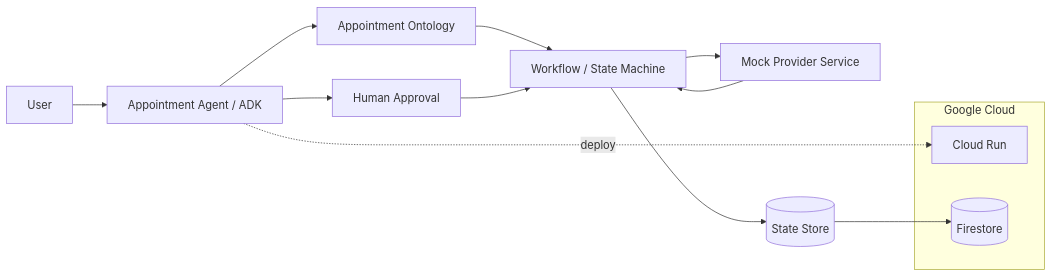
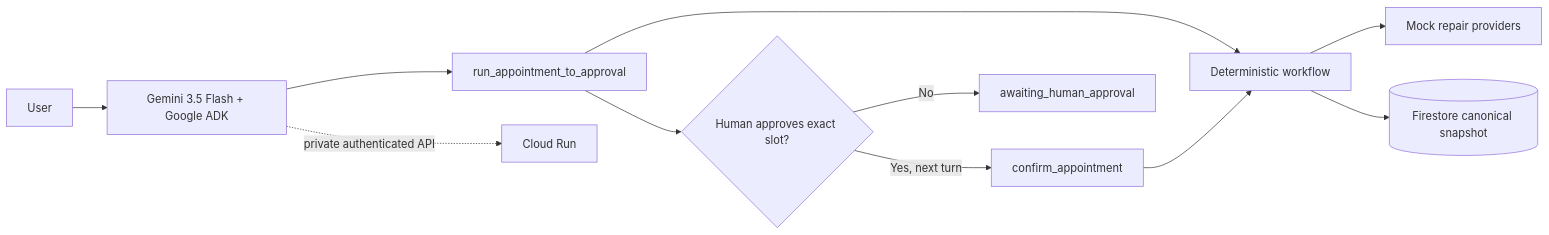
One commit to Hashirigaki/appointment-agent-google changed the diagram in README.md. Above: the diagram before and after it, drawn with Mermaid. The commit also changed other lines of this file and 4 other files, not shown here.

````diff
--- a/README.md
+++ b/README.md
@@ -108,19 +70,13 @@
 ```mermaid
 flowchart LR
-    U[User] --> A[Appointment Agent / ADK]
-    A --> O[Appointment Ontology]
-    O --> W[Workflow / State Machine]
-    W --> M[Mock Provider Service]
-    M --> W
-    W --> S[(State Store)]
-    A --> H[Human Approval]
-    H --> W
-
-    subgraph Google Cloud
-      CR[Cloud Run]
-      FS[(Firestore)]
-    end
-
-    A -.deploy.-> CR
-    S --> FS
+    U[User] --> ADK[Gemini 3.5 Flash + Google ADK]
+    ADK --> T1[run_appointment_to_approval]
+    T1 --> WF[Deterministic workflow]
+    WF --> MP[Mock repair providers]
+    WF --> FS[(Firestore canonical snapshot)]
+    T1 --> H{Human approves exact slot?}
+    H -->|No| WAIT[awaiting_human_approval]
+    H -->|Yes, next turn| T2[confirm_appointment]
+    T2 --> WF
+    ADK -. private authenticated API .-> CR[Cloud Run]
 ```
````
